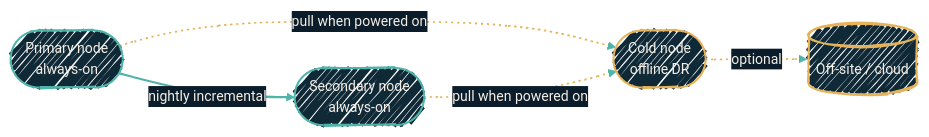
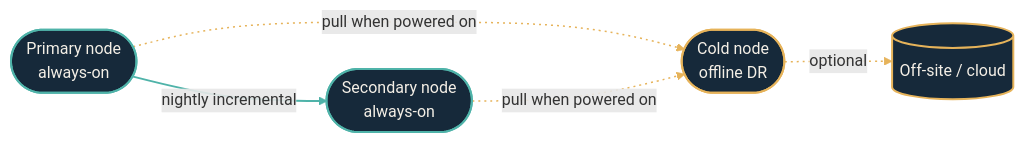
One commit to dryvist/docs changed the third of 3 diagrams in infrastructure/zfs-backup-replication.mdx. Above: the diagram before and after it, drawn with Mermaid. The commit also changed other lines of this file and 116 other files, not shown here.

````diff
--- a/infrastructure/zfs-backup-replication.mdx
+++ b/infrastructure/zfs-backup-replication.mdx
@@ -108,23 +114,27 @@
 ```mermaid
-%%{init:
-  {'theme':'base','look':'handDrawn','themeVariables':{'fontFamily':'Geist','fontSize':'14px','primaryColor':'#102937','primaryTextColor':'#F4EFE6','primaryBorderColor':'#4FB3A9','lineColor':'#4FB3A9','secondaryColor':'#0B1D2A','tertiaryColor':'#1A2A38','clusterBkg':'rgba(79,179,169,0.08)','clusterBorder':'#4FB3A9'}}}%%
-  flowchart LR
+%%{init: {"theme":"base","look":"handDrawn","themeVariables":{"primaryColor":"#123a36","primaryTextColor":"#f4efe6","primaryBorderColor":"#4fb3a9","lineColor":"#4fb3a9","secondaryColor":"#0b1d2a","tertiaryColor":"#16293a","clusterBkg":"#08151f","clusterBorder":"#4fb3a9","fontFamily":"'Geist Sans', system-ui, -apple-system, BlinkMacSystemFont, 'Segoe UI', Roboto, sans-serif","fontSize":"14px"}}}%%
+flowchart LR
+  classDef src fill:#16293a,stroke:#e06b4a,stroke-width:2px,color:#f4efe6;
+  classDef ai fill:#16293a,stroke:#e06b4a,stroke-width:2px,color:#f4efe6;
+  classDef gate fill:#16293a,stroke:#e06b4a,stroke-width:2.5px,color:#f4efe6;
+  classDef hop fill:#16293a,stroke:#4fb3a9,stroke-width:2px,color:#f4efe6;
+  classDef host fill:#16293a,stroke:#4fb3a9,stroke-width:2px,color:#f4efe6;
+  classDef sink fill:#16293a,stroke:#f4efe6,stroke-width:2px,color:#f4efe6;
+  classDef auto fill:#16293a,stroke:#f4efe6,stroke-width:1.5px,color:#f4efe6;
+  classDef external fill:#16293a,stroke:#e6b35a,stroke-width:2px,color:#f4efe6;
   Primary(["Primary node<br/>always-on"])
   Secondary(["Secondary node<br/>always-on"])
   Cold(["Cold node<br/>offline DR"])
   Cloud[("Off-site / cloud")]
 
   Primary -->|nightly incremental| Secondary
   Primary -.->|pull when powered on| Cold
   Secondary -.->|pull when powered on| Cold
   Cold -.->|optional| Cloud
 
-  classDef host     fill:#102937,stroke:#4FB3A9,stroke-width:2px,color:#F4EFE6;
-  classDef external fill:#102937,stroke:#E6B35A,stroke-width:2px,color:#F4EFE6;
-
   class Primary,Secondary host
   class Cold,Cloud external
 
   linkStyle 0 stroke:#4FB3A9,stroke-width:2px;
   linkStyle 1,2,3 stroke:#E6B35A,stroke-width:1.5px,stroke-dasharray:2 4;
 ```
````
